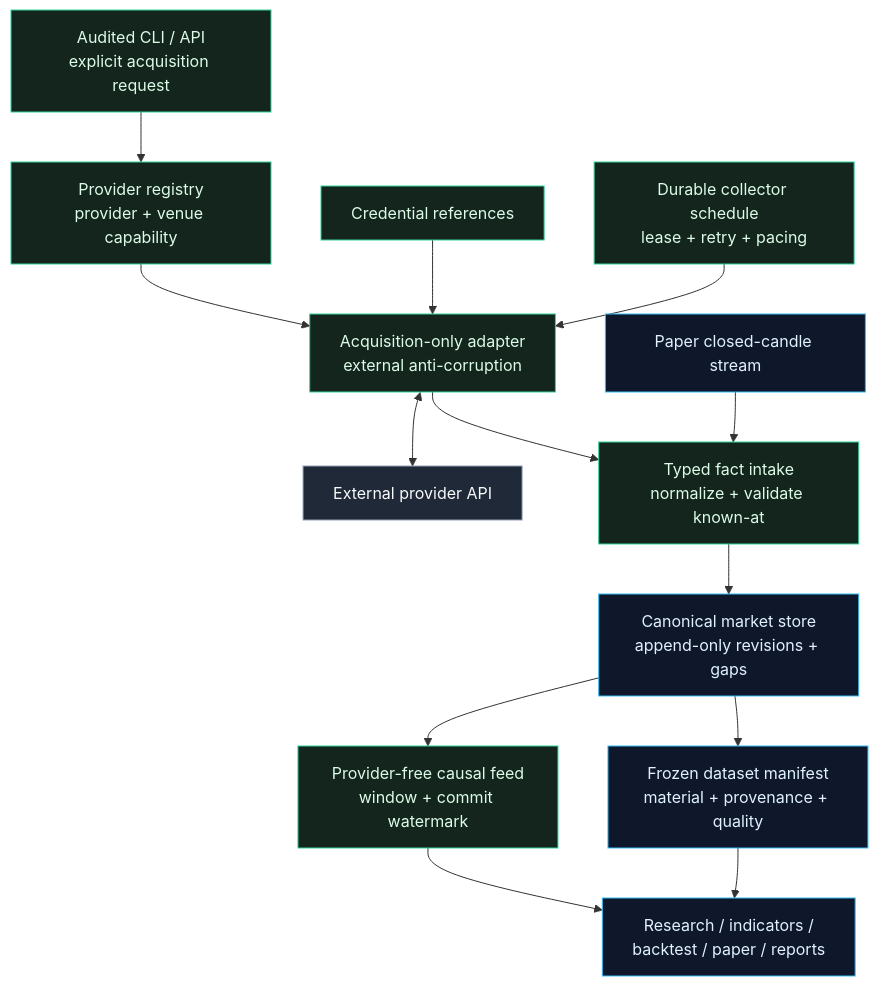
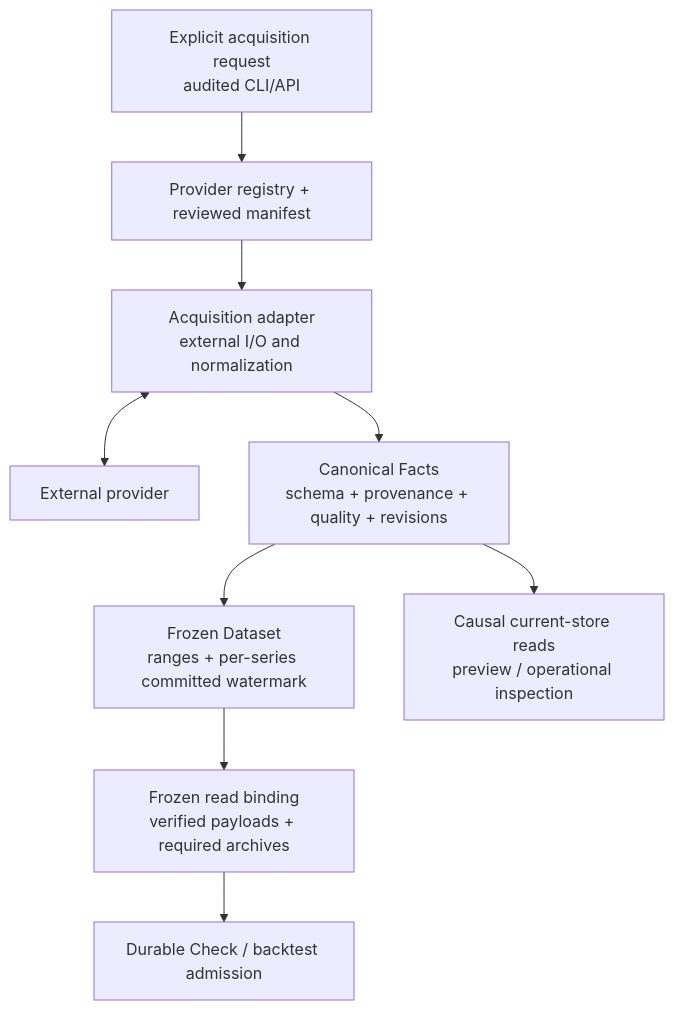
Before and after one commit to elijahbrookss/quant-trad: the diagram in docs/architecture/data/diagrams/data-boundary-flow.mmd, drawn with Mermaid. The commit also changed 29 other files, not shown here.

Commit message:
docs: consolidate architecture into current engineering manual

```diff
--- a/docs/architecture/data/diagrams/data-boundary-flow.mmd
+++ b/docs/architecture/data/diagrams/data-boundary-flow.mmd
@@ -1,33 +1,15 @@
 flowchart TD
-    request["Audited CLI / API<br/>explicit acquisition request"]
-    registry["Provider registry<br/>provider + venue capability"]
-    adapter["Acquisition-only adapter<br/>external anti-corruption"]
-    credentials["Credential references"]
-    api["External provider API"]
-    normalize["Typed fact intake<br/>normalize + validate known-at"]
-    stream["Paper closed-candle stream"]
-    scheduler["Durable collector schedule<br/>lease + retry + pacing"]
-    store["Canonical market store<br/>append-only revisions + gaps"]
-    feed["Provider-free causal feed<br/>window + commit watermark"]
-    dataset["Frozen dataset manifest<br/>material + provenance + quality"]
-    consumers["Research / indicators /<br/>backtest / paper / reports"]
-
-    request --> registry
-    registry --> adapter
-    credentials --> adapter
-    adapter <--> api
-    adapter --> normalize
-    stream --> normalize
-    scheduler --> adapter
-    normalize --> store
-    store --> feed
-    store --> dataset
-    feed --> consumers
-    dataset --> consumers
-
-    classDef boundary fill:#13251d,stroke:#34d399,color:#dcfce7
-    classDef truth fill:#0f172a,stroke:#38bdf8,color:#e0f2fe
-    classDef external fill:#1f2937,stroke:#94a3b8,color:#f8fafc
-    class request,registry,adapter,credentials,normalize,feed,scheduler boundary
-    class stream,store,dataset,consumers truth
-    class api external
+    request["Explicit acquisition request<br/>audited CLI/API"]
+    registry["Provider registry + reviewed manifest"]
+    adapter["Acquisition adapter<br/>external I/O and normalization"]
+    provider["External provider"]
+    store["Canonical Facts<br/>schema + provenance + quality + revisions"]
+    dataset["Frozen Dataset<br/>ranges + per-series committed watermark"]
+    binding["Frozen read binding<br/>verified payloads + required archives"]
+    research["Durable Check / backtest admission"]
+    reads["Causal current-store reads<br/>preview / operational inspection"]
+    request --> registry --> adapter
+    adapter <--> provider
+    adapter --> store
+    store --> dataset --> binding --> research
+    store --> reads
```
